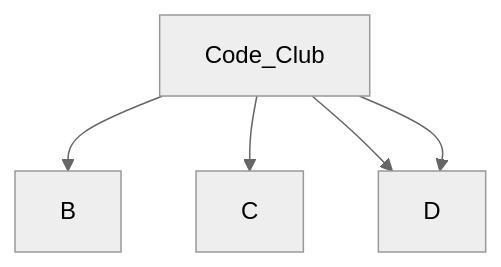
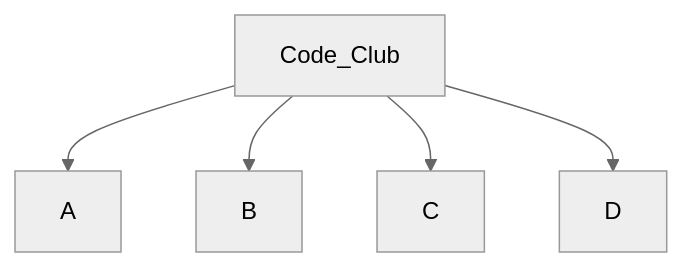
One commit to EthanC2/code-club changed the diagram in plans.md. Above: the diagram before and after it, drawn with Mermaid (neutral theme).

````diff
--- a/plans.md
+++ b/plans.md
@@ -15,7 +15,7 @@
 ```mermaid
 graph TD;
+    Code_Club-->A;
     Code_Club-->B;
     Code_Club-->C;
     Code_Club-->D;
-    Code_Club-->D;
 ```
````
